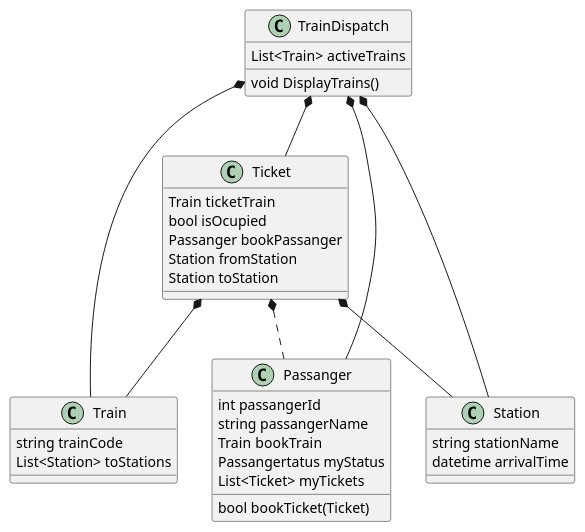
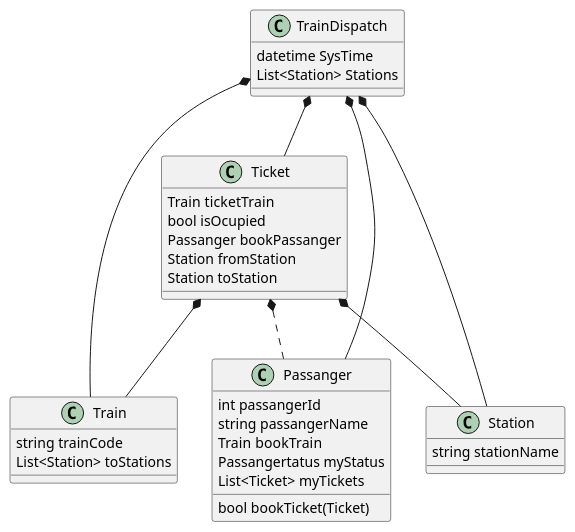
Before and after one commit to arnoliudaxia/CS132-12306: the diagram in docs/UML/ObjectHire.puml, drawn with PlantUML. The commit also changed 3 other files, not shown here.

```diff
--- a/docs/UML/ObjectHire.puml
+++ b/docs/UML/ObjectHire.puml
@@ -1,57 +1,56 @@
 @startuml
 'https://plantuml.com/class-diagram
 
 class TrainDispatch{
-List<Train> activeTrains
+datetime SysTime
+List<Station> Stations
 
-void DisplayTrains()
 }
 
 class Train{
  string trainCode
 ' List<Passanger> passangers
  List<Station> toStations
 }
 
 'enum Passangertatus{
 '    IDLE
 '    BOOKED
 '    ONBOARD
 '}
 
 class Passanger{
 int passangerId
 string passangerName
 Train bookTrain
 Passangertatus myStatus
 List<Ticket> myTickets
 
 bool bookTicket(Ticket)
 
 }
 
 class Station{
     string stationName
-    datetime arrivalTime
 }
 
 TrainDispatch *-- Train
 TrainDispatch *-- Passanger
 TrainDispatch *-- Station
 
 class Ticket{
     Train ticketTrain
 '    string ticketType
 '    int ticketPrice
     bool isOcupied
     Passanger bookPassanger
     Station fromStation
     Station toStation
 }
 Ticket *-- Train
 Ticket *-- Station
 Ticket *.. Passanger
 
 TrainDispatch *-- Ticket
 
 @enduml
```
